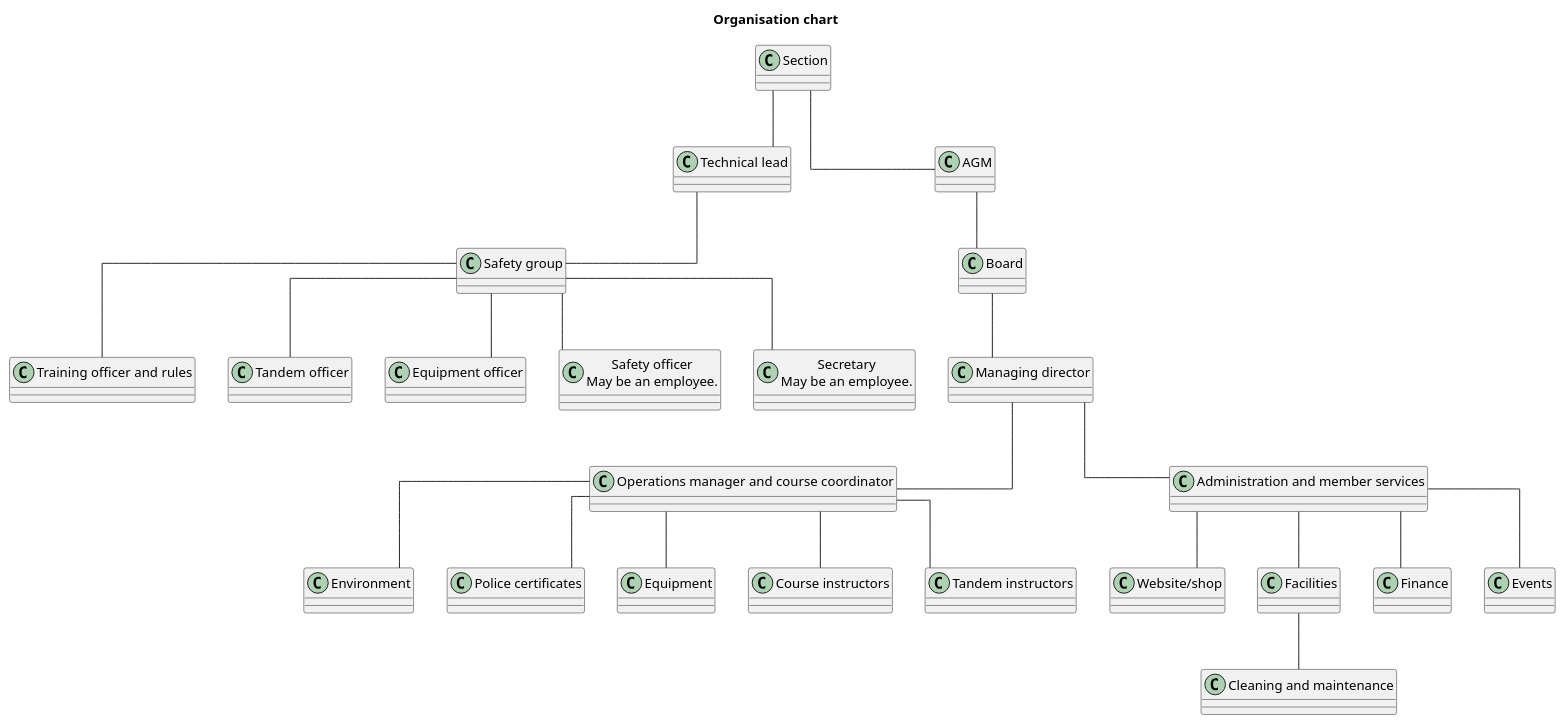
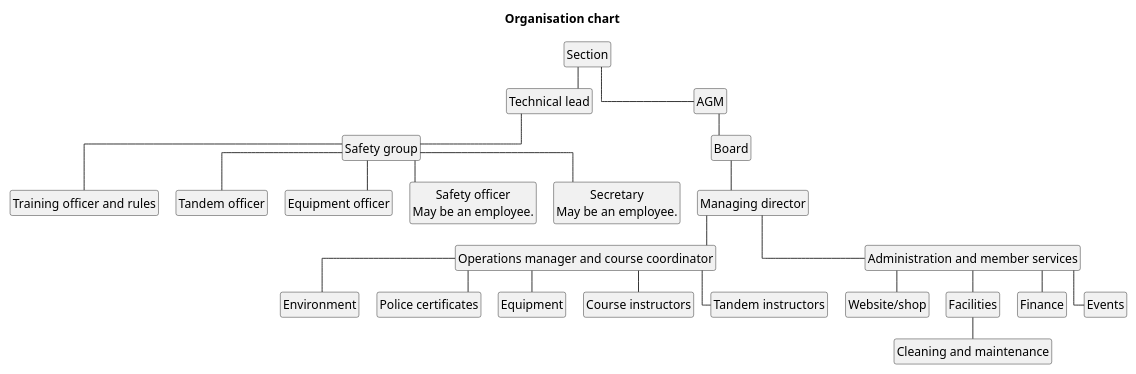
Before and after one commit to vosshpk/wiki: the diagram in assets/organisation-chart-en.puml, drawn with PlantUML. The commit also changed 3 other files, not shown here.

Commit message:
UML bump

```diff
--- a/assets/organisation-chart-en.puml
+++ b/assets/organisation-chart-en.puml
@@ -1,51 +1,56 @@
 title Organisation chart
 top to bottom direction
+hide circle
+hide empty members
 skinparam classAttributeIconSize 0
 skinparam linetype ortho
+skinparam nodesep 20
+skinparam ranksep 25
+scale max 1200 width
 
 class "Section" as Section
 class "Technical lead" as TechnicalLead
 class "Safety group" as SafetyGroup
 class "Training officer and rules" as TrainingRules
 class "Tandem officer" as TandemOfficer
 class "Equipment officer" as EquipmentOfficer
 class "Safety officer\nMay be an employee." as SafetyOfficer
 class "Secretary\nMay be an employee." as Secretary
 class "AGM" as AGM
 class "Board" as Board
 class "Managing director" as ManagingDirector
 class "Operations manager and course coordinator" as OperationsCourse
 class "Environment" as Environment
 class "Police certificates" as PoliceCertificates
 class "Equipment" as Equipment
 class "Course instructors" as CourseInstructors
 class "Tandem instructors" as TandemInstructors
 class "Administration and member services" as Administration
 class "Website/shop" as WebsiteShop
 class "Facilities" as Facilities
 class "Cleaning and maintenance" as CleaningMaintenance
 class "Finance" as Finance
 class "Events" as Events
 
 Section -- TechnicalLead
 Section -- AGM
 TechnicalLead -- SafetyGroup
 SafetyGroup -- TrainingRules
 SafetyGroup -- TandemOfficer
 SafetyGroup -- EquipmentOfficer
 SafetyGroup -- SafetyOfficer
 SafetyGroup -- Secretary
 AGM -- Board
 Board -- ManagingDirector
 ManagingDirector -- OperationsCourse
 OperationsCourse -- Environment
 OperationsCourse -- PoliceCertificates
 OperationsCourse -- Equipment
 OperationsCourse -- CourseInstructors
 OperationsCourse -- TandemInstructors
 ManagingDirector -- Administration
 Administration -- WebsiteShop
 Administration -- Facilities
 Facilities -- CleaningMaintenance
 Administration -- Finance
 Administration -- Events
```
